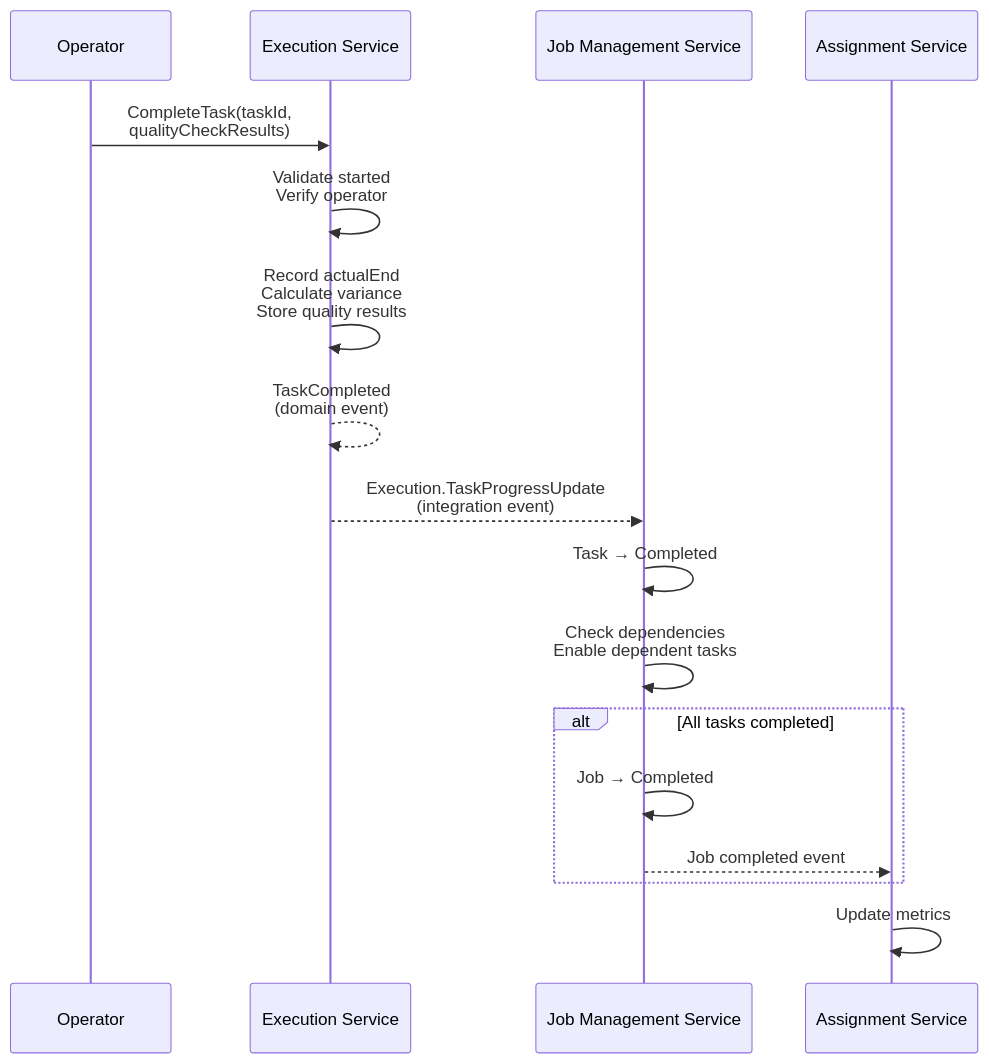
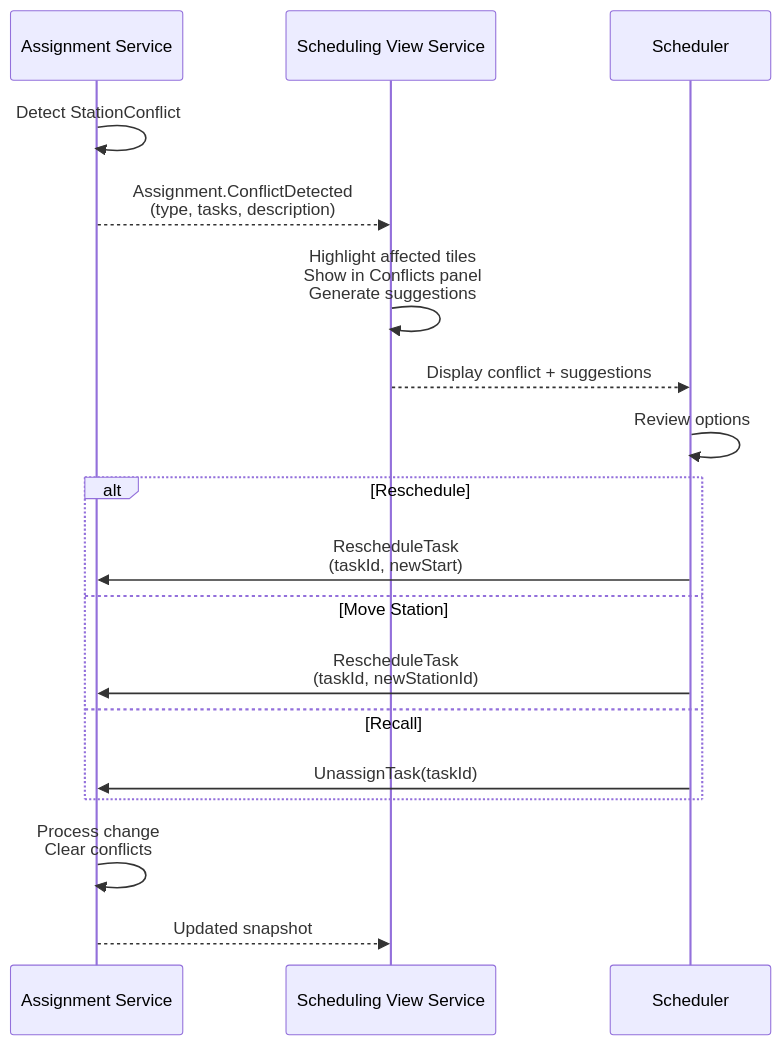
One commit to ikadar/ewlin changed the eighth of 8 diagrams in docs/architecture/sequence-design.md. Above: the diagram before and after it, drawn with Mermaid. The commit also changed other lines of this file and 3 other files, not shown here.

````diff
--- a/docs/architecture/sequence-design.md
+++ b/docs/architecture/sequence-design.md
@@ -334,20 +435,21 @@
 ```mermaid
 sequenceDiagram
-    participant Operator
-    participant Execution as Execution Service
-    participant Job as Job Management Service
     participant Assignment as Assignment Service
+    participant View as Scheduling View Service
+    participant Scheduler
 
-    Operator->>Execution: CompleteTask(taskId,<br>qualityCheckResults)
-    Execution->>Execution: Validate started<br>Verify operator
-    Execution->>Execution: Record actualEnd<br>Calculate variance<br>Store quality results
-    Execution-->>Execution: TaskCompleted<br>(domain event)
-    Execution-->>Job: Execution.TaskProgressUpdate<br>(integration event)
-    Job->>Job: Task → Completed
-    Job->>Job: Check dependencies<br>Enable dependent tasks
-    alt All tasks completed
-        Job->>Job: Job → Completed
-        Job-->>Assignment: Job completed event
+    Assignment->>Assignment: Detect StationConflict
+    Assignment-->>View: Assignment.ConflictDetected<br>(type, tasks, description)
+    View->>View: Highlight affected tiles<br>Show in Conflicts panel<br>Generate suggestions
+    View-->>Scheduler: Display conflict + suggestions
+    Scheduler->>Scheduler: Review options
+    alt Reschedule
+        Scheduler->>Assignment: RescheduleTask<br>(taskId, newStart)
+    else Move Station
+        Scheduler->>Assignment: RescheduleTask<br>(taskId, newStationId)
+    else Recall
+        Scheduler->>Assignment: UnassignTask(taskId)
     end
-    Assignment->>Assignment: Update metrics
+    Assignment->>Assignment: Process change<br>Clear conflicts
+    Assignment-->>View: Updated snapshot
 ```
````
